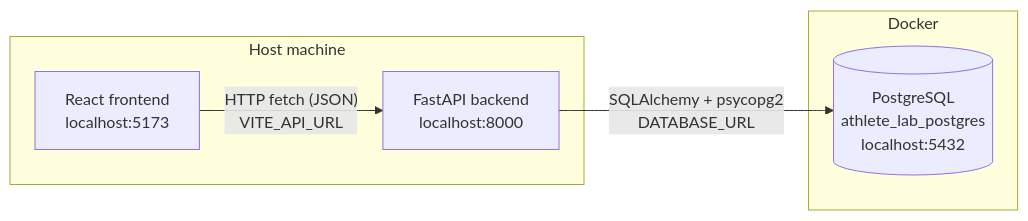
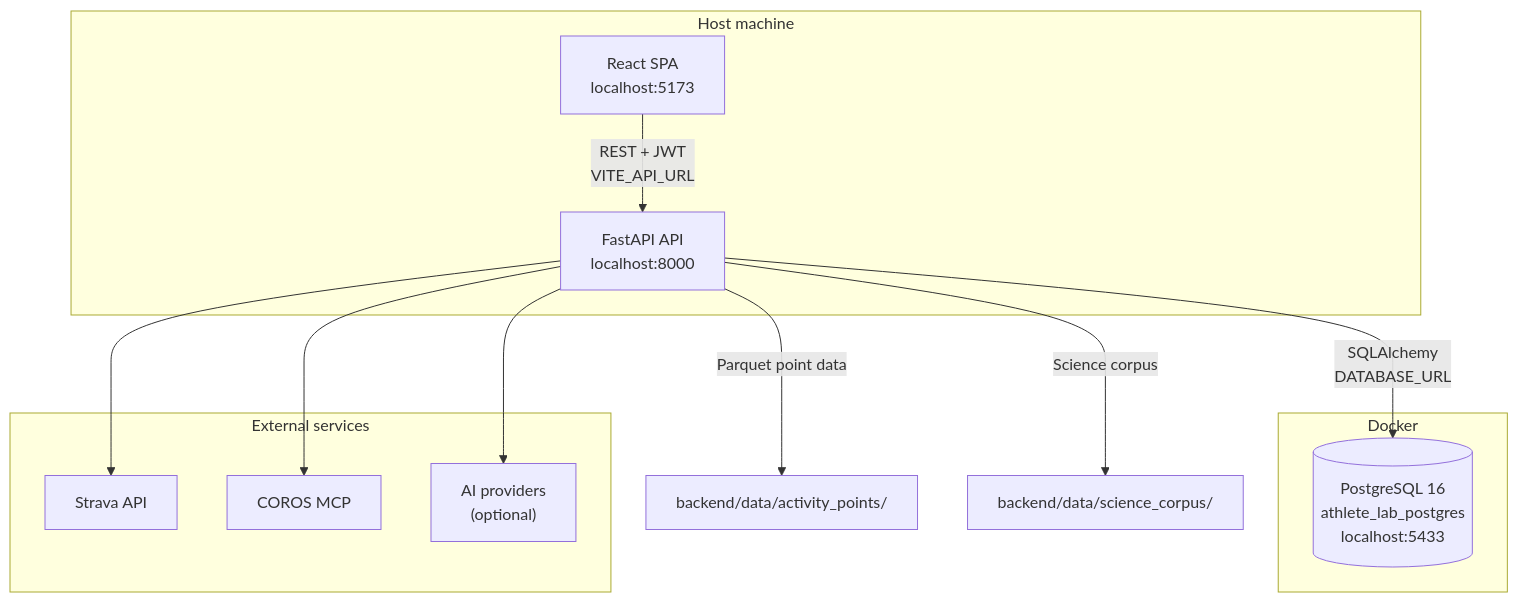
One commit to Virendra-VM/Advance-athlete-lab changed the diagram in README.md. Above: the diagram before and after it, drawn with Mermaid. The commit also changed other lines of this file, not shown here.

````diff
--- a/README.md
+++ b/README.md
@@ -17,14 +31,25 @@
 ```mermaid
-flowchart LR
+flowchart TB
   subgraph host["Host machine"]
-    FE["React frontend<br/>localhost:5173"]
-    BE["FastAPI backend<br/>localhost:8000"]
+    FE["React SPA<br/>localhost:5173"]
+    BE["FastAPI API<br/>localhost:8000"]
   end
 
   subgraph docker["Docker"]
-    PG[("PostgreSQL<br/>athlete_lab_postgres<br/>localhost:5432")]
+    PG[("PostgreSQL 16<br/>athlete_lab_postgres<br/>localhost:5433")]
   end
 
-  FE -->|"HTTP fetch (JSON)<br/>VITE_API_URL"| BE
-  BE -->|"SQLAlchemy + psycopg2<br/>DATABASE_URL"| PG
+  subgraph external["External services"]
+    STRAVA["Strava API"]
+    COROS["COROS MCP"]
+    AI["AI providers<br/>(optional)"]
+  end
+
+  FE -->|"REST + JWT<br/>VITE_API_URL"| BE
+  BE -->|"SQLAlchemy<br/>DATABASE_URL"| PG
+  BE --> STRAVA
+  BE --> COROS
+  BE --> AI
+  BE -->|"Parquet point data"| FS["backend/data/activity_points/"]
+  BE -->|"Science corpus"| KB["backend/data/science_corpus/"]
 ```
````
